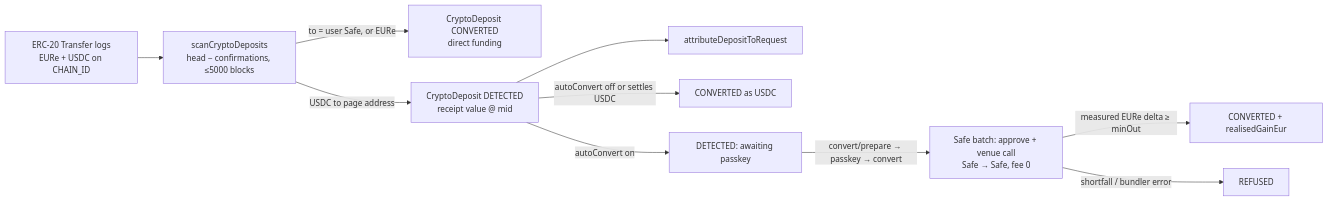
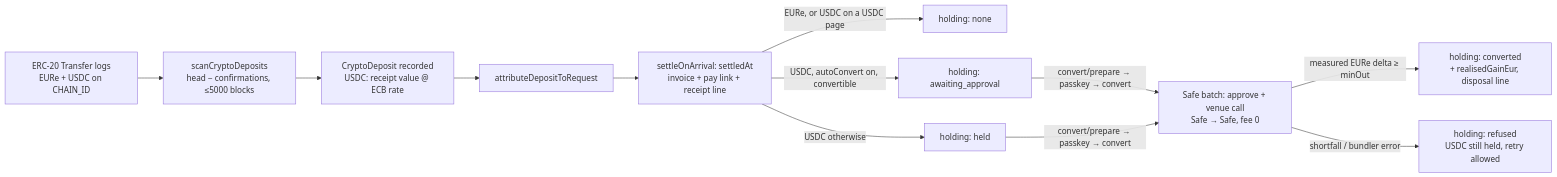
One commit to Zoldenburg-me/Zold-app changed the fourth of 4 diagrams in docs/architecture/technical-architecture.md. Above: the diagram before and after it, drawn with Mermaid. The commit also changed other lines of this file and 29 other files, not shown here.

First line of the commit message:
feat: settle USDC deposits on arrival; hold, then convert any time

````diff
--- a/docs/architecture/technical-architecture.md
+++ b/docs/architecture/technical-architecture.md
@@ -486,12 +486,13 @@
 ```mermaid
 flowchart LR
   LOG[ERC-20 Transfer logs<br/>EURe + USDC on CHAIN_ID] --> SCAN[scanCryptoDeposits<br/>head − confirmations, ≤5000 blocks]
-  SCAN -->|to = user Safe, or EURe| CONV1[CryptoDeposit CONVERTED<br/>direct funding]
-  SCAN -->|USDC to page address| DET[CryptoDeposit DETECTED<br/>receipt value @ mid]
-  DET --> ATTR[attributeDepositToRequest]
-  DET -->|autoConvert off or settles USDC| CONV2[CONVERTED as USDC]
-  DET -->|autoConvert on| WAIT[DETECTED: awaiting passkey]
-  WAIT -->|convert/prepare → passkey → convert| SWAP[Safe batch: approve + venue call<br/>Safe → Safe, fee 0]
-  SWAP -->|measured EURe delta ≥ minOut| CONV3[CONVERTED + realisedGainEur]
-  SWAP -->|shortfall / bundler error| REF[REFUSED]
+  SCAN --> REC[CryptoDeposit recorded<br/>USDC: receipt value @ ECB rate]
+  REC --> ATTR[attributeDepositToRequest]
+  ATTR --> SET[settleOnArrival: settledAt<br/>invoice + pay link + receipt line]
+  SET -->|EURe, or USDC on a USDC page| NONE[holding: none]
+  SET -->|USDC, autoConvert on, convertible| WAIT[holding: awaiting_approval]
+  SET -->|USDC otherwise| HELD[holding: held]
+  WAIT & HELD -->|convert/prepare → passkey → convert| SWAP[Safe batch: approve + venue call<br/>Safe → Safe, fee 0]
+  SWAP -->|measured EURe delta ≥ minOut| CONV[holding: converted<br/>+ realisedGainEur, disposal line]
+  SWAP -->|shortfall / bundler error| REF[holding: refused<br/>USDC still held, retry allowed]
 ```
````
